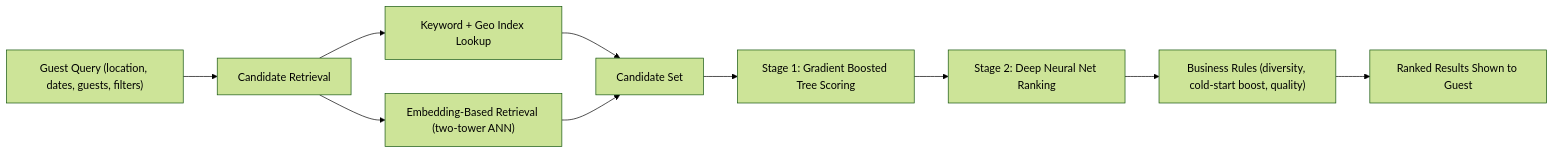
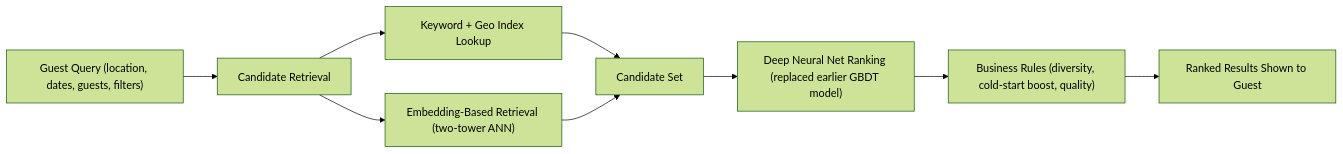
The fifth of 6 diagrams in companies/airbnb.md (alwin-verus/big-tech-system-design), drawn with Mermaid (forest theme) before and after one commit. The commit also changed other lines of this file and 56 other files, not shown here.

````diff
--- a/companies/airbnb.md
+++ b/companies/airbnb.md
@@ -357,12 +460,11 @@
 ```mermaid
 flowchart LR
   Query["Guest Query (location, dates, guests, filters)"] --> Retrieval["Candidate Retrieval"]
   Retrieval --> ES["Keyword + Geo Index Lookup"]
   Retrieval --> EBR["Embedding-Based Retrieval (two-tower ANN)"]
   ES --> Merge["Candidate Set"]
   EBR --> Merge
-  Merge --> GBDT["Stage 1: Gradient Boosted Tree Scoring"]
-  GBDT --> DNN["Stage 2: Deep Neural Net Ranking"]
+  Merge --> DNN["Deep Neural Net Ranking (replaced earlier GBDT model)"]
   DNN --> Business["Business Rules (diversity, cold-start boost, quality)"]
   Business --> Results["Ranked Results Shown to Guest"]
 ```
````
